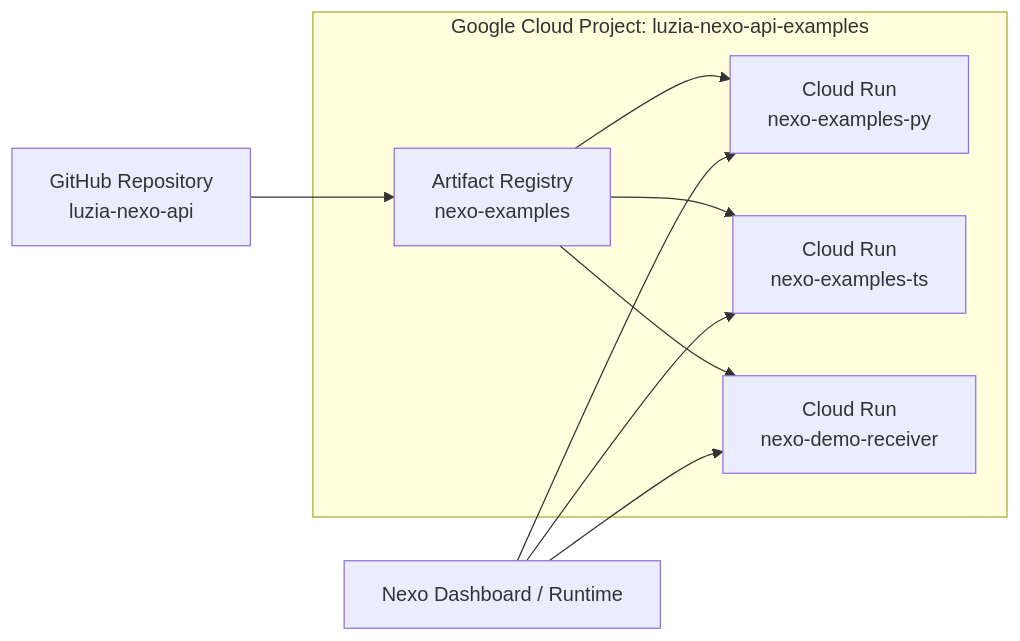
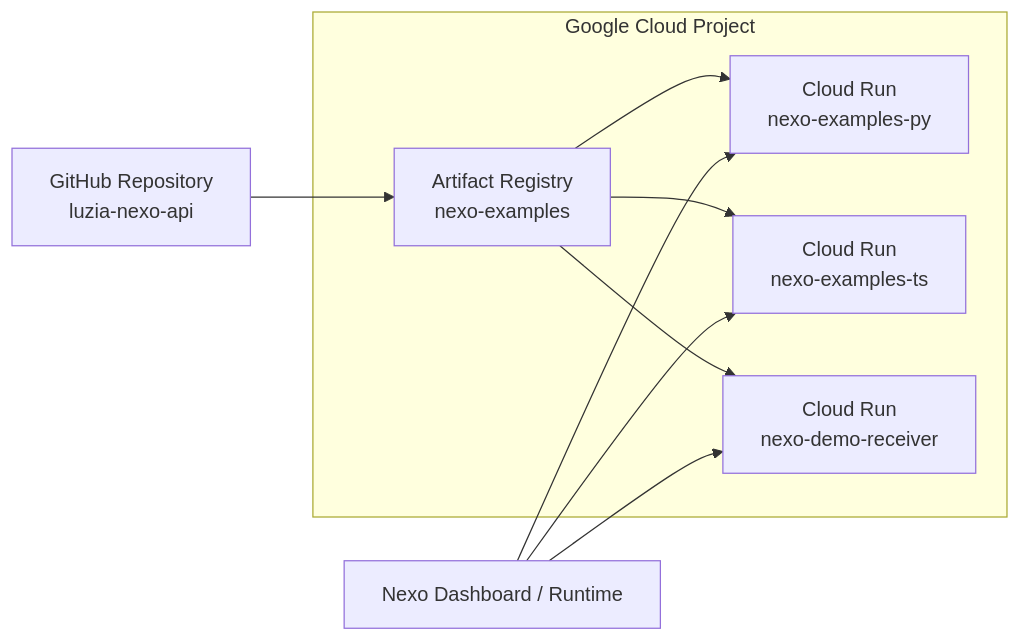
Before and after one commit to The-Wordlab/luzia-nexo-api: the second of 4 diagrams in docs/integration-diagrams.md, drawn with Mermaid. The commit also changed 10 other files, not shown here.

````diff
--- a/docs/integration-diagrams.md
+++ b/docs/integration-diagrams.md
@@ -25,18 +25,18 @@
 ```mermaid
 flowchart LR
-    subgraph GCP[Google Cloud Project: luzia-nexo-api-examples]
+    subgraph GCP[Google Cloud Project]
         AR[Artifact Registry\nnexo-examples]
         CR1[Cloud Run\nnexo-examples-py]
         CR2[Cloud Run\nnexo-examples-ts]
         CR3[Cloud Run\nnexo-demo-receiver]
     end
 
     GH[GitHub Repository\nluzia-nexo-api] --> AR
     AR --> CR1
     AR --> CR2
     AR --> CR3
 
     Nexo[Nexo Dashboard / Runtime] --> CR1
     Nexo --> CR2
     Nexo --> CR3
 ```
````
